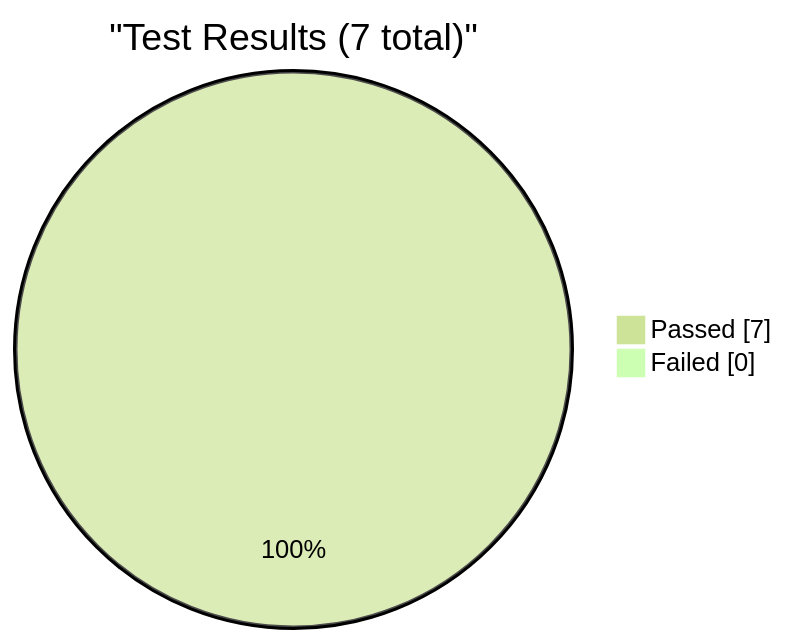
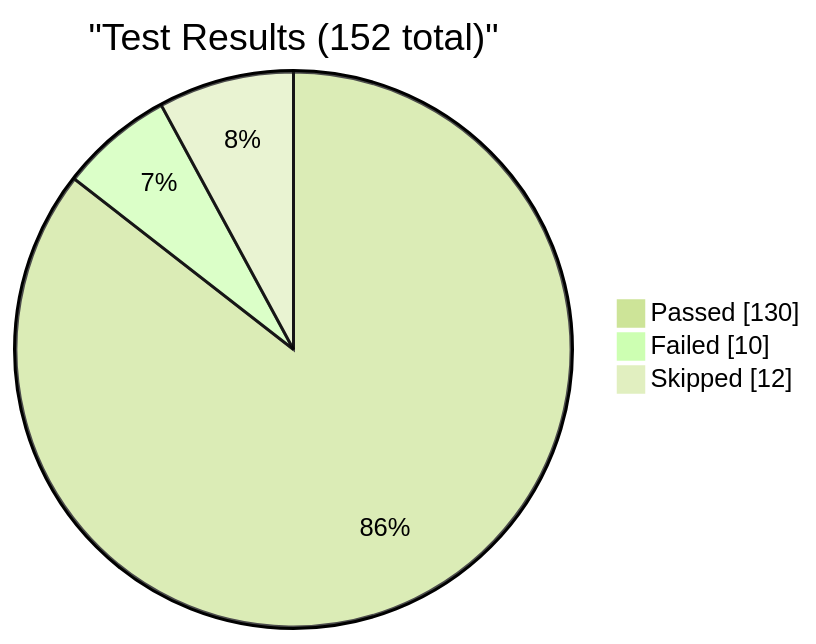
One commit to EliteaAI/onetest-ai-tm-Elitea changed the first of 4 diagrams in reports/dashboard.md. Above: the diagram before and after it, drawn with Mermaid (forest theme). The commit also changed other lines of this file and 1 other file, not shown here.

Commit message:
dashboard: update test metrics for RUN-ELITEA-2026-08-21-43-DEV-STABLE-ALL-FAILED

````diff
--- a/reports/dashboard.md
+++ b/reports/dashboard.md
@@ -9,6 +9,7 @@
 ```mermaid
 pie showData
-    title "Test Results (7 total)"
-    "Passed" : 7
-    "Failed" : 0
+    title "Test Results (152 total)"
+    "Passed" : 130
+    "Failed" : 10
+    "Skipped" : 12
 ```
````
